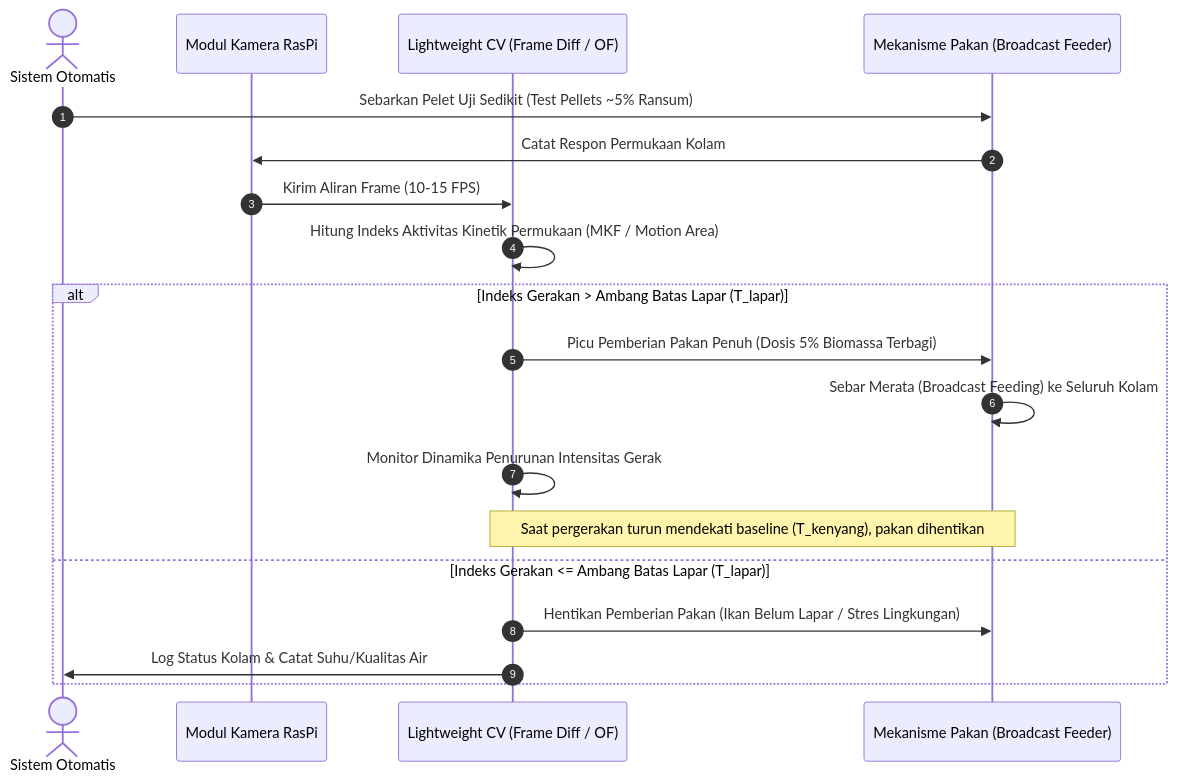
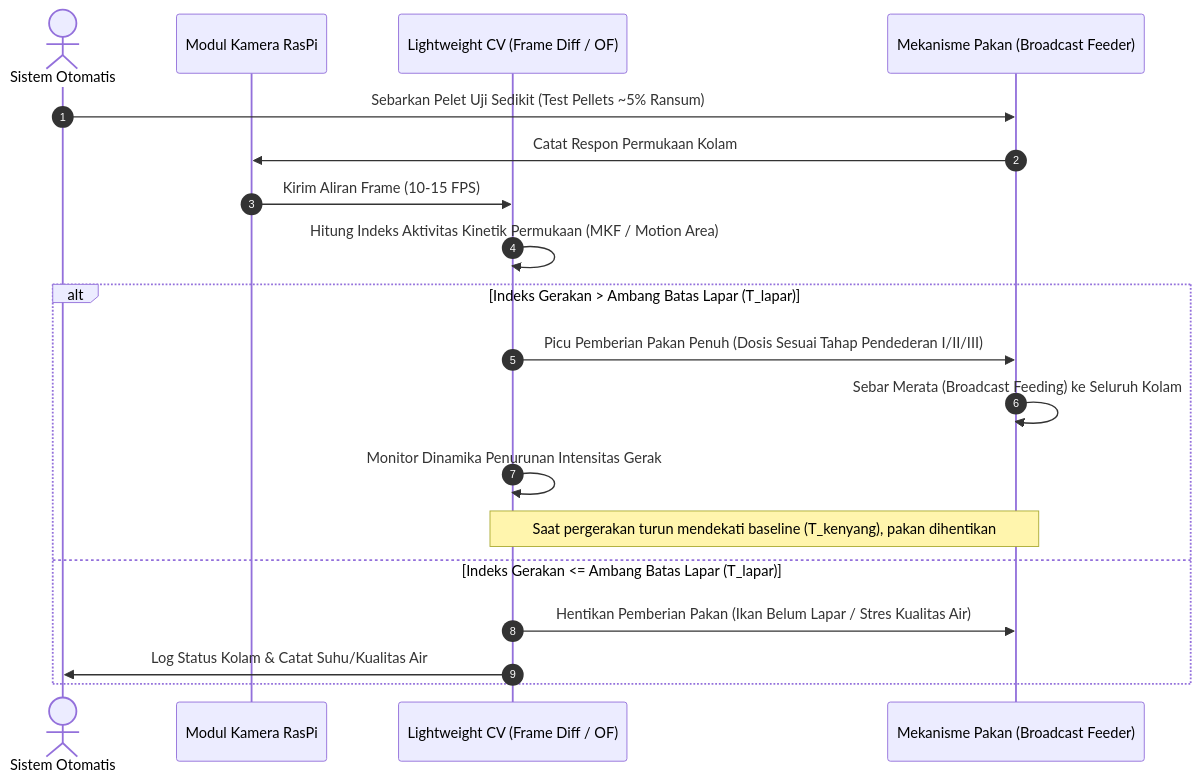
One commit to KhoirotunNisa25/skripsi-docs changed the fourth of 4 diagrams in research/synthesis/standar-bibit-dan-pakan-lele.md. Above: the diagram before and after it, drawn with Mermaid. The commit also changed other lines of this file and 8 other files, not shown here.

````diff
--- a/research/synthesis/standar-bibit-dan-pakan-lele.md
+++ b/research/synthesis/standar-bibit-dan-pakan-lele.md
@@ -150,22 +188,22 @@
 ```mermaid
 sequenceDiagram
     autonumber
     actor Pengelola as Sistem Otomatis
     participant Kamera as Modul Kamera RasPi
     participant Algoritma as Lightweight CV (Frame Diff / OF)
     participant Feeder as Mekanisme Pakan (Broadcast Feeder)
 
     Pengelola->>Feeder: Sebarkan Pelet Uji Sedikit (Test Pellets ~5% Ransum)
     Feeder->>Kamera: Catat Respon Permukaan Kolam
     Kamera->>Algoritma: Kirim Aliran Frame (10-15 FPS)
     Algoritma->>Algoritma: Hitung Indeks Aktivitas Kinetik Permukaan (MKF / Motion Area)
     alt Indeks Gerakan > Ambang Batas Lapar (T_lapar)
-        Algoritma->>Feeder: Picu Pemberian Pakan Penuh (Dosis 5% Biomassa Terbagi)
+        Algoritma->>Feeder: Picu Pemberian Pakan Penuh (Dosis Sesuai Tahap Pendederan I/II/III)
         Feeder->>Feeder: Sebar Merata (Broadcast Feeding) ke Seluruh Kolam
         Algoritma->>Algoritma: Monitor Dinamika Penurunan Intensitas Gerak
         Note over Algoritma,Feeder: Saat pergerakan turun mendekati baseline (T_kenyang), pakan dihentikan
     else Indeks Gerakan <= Ambang Batas Lapar (T_lapar)
-        Algoritma->>Feeder: Hentikan Pemberian Pakan (Ikan Belum Lapar / Stres Lingkungan)
+        Algoritma->>Feeder: Hentikan Pemberian Pakan (Ikan Belum Lapar / Stres Kualitas Air)
         Algoritma->>Pengelola: Log Status Kolam & Catat Suhu/Kualitas Air
     end
 ```
````
